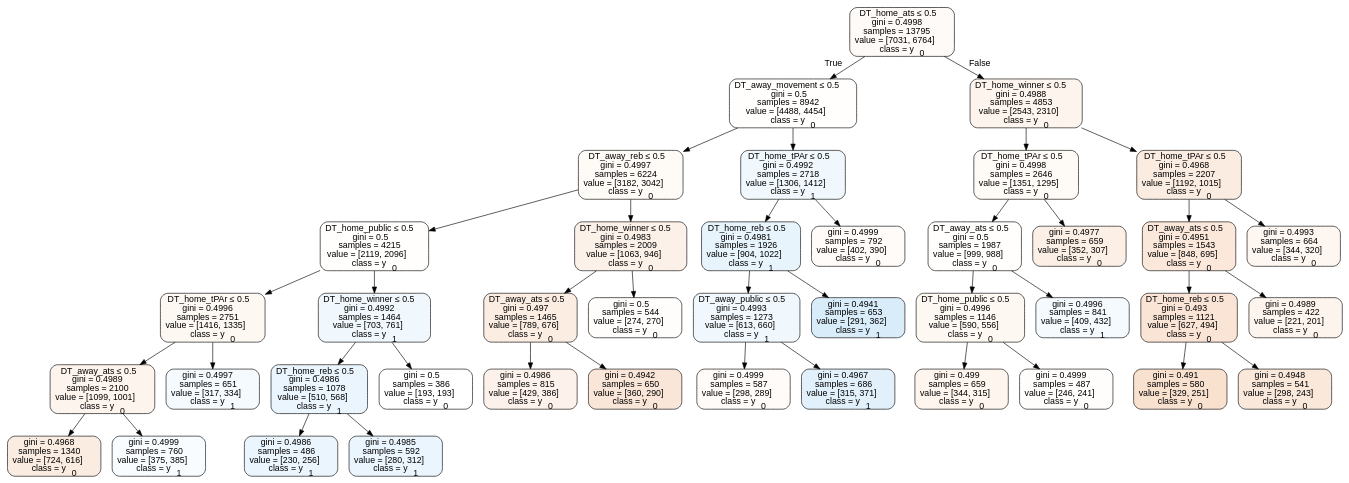
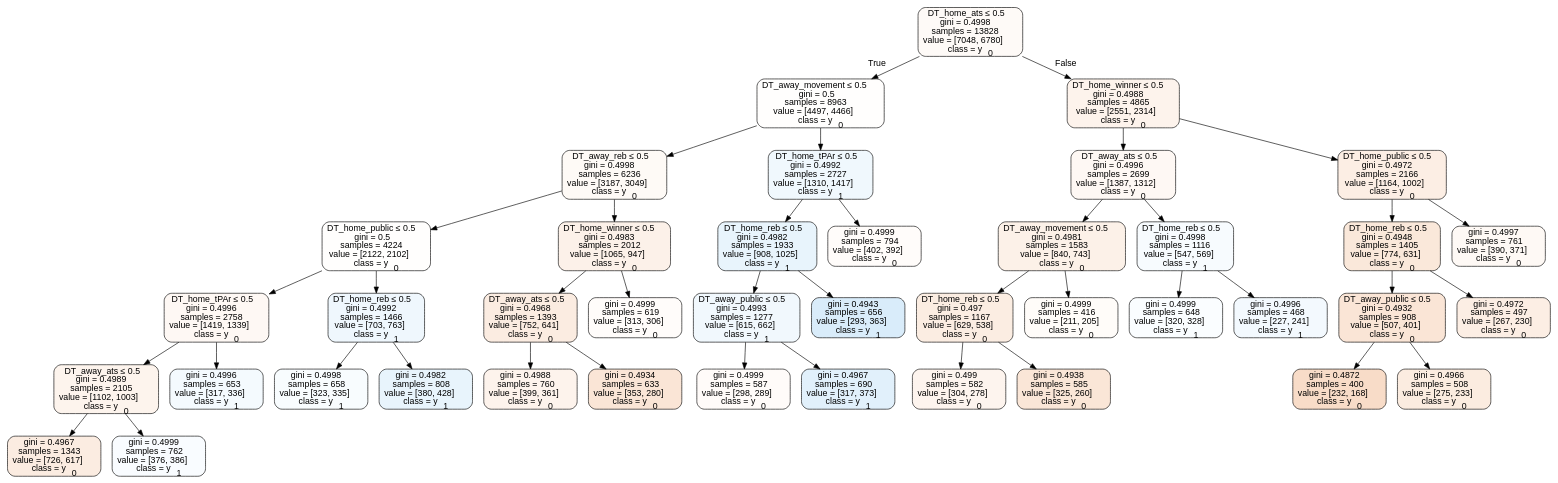
One commit to usbogie/ncaa-bets changed the diagram in tree_data/tree2012home.dot. Above: the diagram before and after it, drawn with Graphviz. The commit also changed 26 other files, not shown here.

```diff
--- a/tree_data/tree2012home.dot
+++ b/tree_data/tree2012home.dot
@@ -1,85 +1,85 @@
 digraph Tree {
 node [shape=box, style="filled, rounded", color="black", fontname=helvetica] ;
 edge [fontname=helvetica] ;
-0 [label=<DT_home_ats &le; 0.5<br/>gini = 0.4998<br/>samples = 13795<br/>value = [7031, 6764]<br/>class = y<SUB>0</SUB>>, fillcolor="#e581390a"] ;
-1 [label=<DT_away_movement &le; 0.5<br/>gini = 0.5<br/>samples = 8942<br/>value = [4488, 4454]<br/>class = y<SUB>0</SUB>>, fillcolor="#e5813902"] ;
+0 [label=<DT_home_ats &le; 0.5<br/>gini = 0.4998<br/>samples = 13828<br/>value = [7048, 6780]<br/>class = y<SUB>0</SUB>>, fillcolor="#e581390a"] ;
+1 [label=<DT_away_movement &le; 0.5<br/>gini = 0.5<br/>samples = 8963<br/>value = [4497, 4466]<br/>class = y<SUB>0</SUB>>, fillcolor="#e5813902"] ;
 0 -> 1 [labeldistance=2.5, labelangle=45, headlabel="True"] ;
-2 [label=<DT_away_reb &le; 0.5<br/>gini = 0.4997<br/>samples = 6224<br/>value = [3182, 3042]<br/>class = y<SUB>0</SUB>>, fillcolor="#e581390b"] ;
+2 [label=<DT_away_reb &le; 0.5<br/>gini = 0.4998<br/>samples = 6236<br/>value = [3187, 3049]<br/>class = y<SUB>0</SUB>>, fillcolor="#e581390b"] ;
 1 -> 2 ;
-3 [label=<DT_home_public &le; 0.5<br/>gini = 0.5<br/>samples = 4215<br/>value = [2119, 2096]<br/>class = y<SUB>0</SUB>>, fillcolor="#e5813903"] ;
+3 [label=<DT_home_public &le; 0.5<br/>gini = 0.5<br/>samples = 4224<br/>value = [2122, 2102]<br/>class = y<SUB>0</SUB>>, fillcolor="#e5813902"] ;
 2 -> 3 ;
-4 [label=<DT_home_tPAr &le; 0.5<br/>gini = 0.4996<br/>samples = 2751<br/>value = [1416, 1335]<br/>class = y<SUB>0</SUB>>, fillcolor="#e581390f"] ;
+4 [label=<DT_home_tPAr &le; 0.5<br/>gini = 0.4996<br/>samples = 2758<br/>value = [1419, 1339]<br/>class = y<SUB>0</SUB>>, fillcolor="#e581390e"] ;
 3 -> 4 ;
-5 [label=<DT_away_ats &le; 0.5<br/>gini = 0.4989<br/>samples = 2100<br/>value = [1099, 1001]<br/>class = y<SUB>0</SUB>>, fillcolor="#e5813917"] ;
+5 [label=<DT_away_ats &le; 0.5<br/>gini = 0.4989<br/>samples = 2105<br/>value = [1102, 1003]<br/>class = y<SUB>0</SUB>>, fillcolor="#e5813917"] ;
 4 -> 5 ;
-6 [label=<gini = 0.4968<br/>samples = 1340<br/>value = [724, 616]<br/>class = y<SUB>0</SUB>>, fillcolor="#e5813926"] ;
+6 [label=<gini = 0.4967<br/>samples = 1343<br/>value = [726, 617]<br/>class = y<SUB>0</SUB>>, fillcolor="#e5813926"] ;
 5 -> 6 ;
-7 [label=<gini = 0.4999<br/>samples = 760<br/>value = [375, 385]<br/>class = y<SUB>1</SUB>>, fillcolor="#399de507"] ;
+7 [label=<gini = 0.4999<br/>samples = 762<br/>value = [376, 386]<br/>class = y<SUB>1</SUB>>, fillcolor="#399de507"] ;
 5 -> 7 ;
-8 [label=<gini = 0.4997<br/>samples = 651<br/>value = [317, 334]<br/>class = y<SUB>1</SUB>>, fillcolor="#399de50d"] ;
+8 [label=<gini = 0.4996<br/>samples = 653<br/>value = [317, 336]<br/>class = y<SUB>1</SUB>>, fillcolor="#399de50e"] ;
 4 -> 8 ;
-9 [label=<DT_home_winner &le; 0.5<br/>gini = 0.4992<br/>samples = 1464<br/>value = [703, 761]<br/>class = y<SUB>1</SUB>>, fillcolor="#399de513"] ;
+9 [label=<DT_home_reb &le; 0.5<br/>gini = 0.4992<br/>samples = 1466<br/>value = [703, 763]<br/>class = y<SUB>1</SUB>>, fillcolor="#399de514"] ;
 3 -> 9 ;
-10 [label=<DT_home_reb &le; 0.5<br/>gini = 0.4986<br/>samples = 1078<br/>value = [510, 568]<br/>class = y<SUB>1</SUB>>, fillcolor="#399de51a"] ;
+10 [label=<gini = 0.4998<br/>samples = 658<br/>value = [323, 335]<br/>class = y<SUB>1</SUB>>, fillcolor="#399de509"] ;
 9 -> 10 ;
-11 [label=<gini = 0.4986<br/>samples = 486<br/>value = [230, 256]<br/>class = y<SUB>1</SUB>>, fillcolor="#399de51a"] ;
-10 -> 11 ;
-12 [label=<gini = 0.4985<br/>samples = 592<br/>value = [280, 312]<br/>class = y<SUB>1</SUB>>, fillcolor="#399de51a"] ;
-10 -> 12 ;
-13 [label=<gini = 0.5<br/>samples = 386<br/>value = [193, 193]<br/>class = y<SUB>0</SUB>>, fillcolor="#e5813900"] ;
-9 -> 13 ;
-14 [label=<DT_home_winner &le; 0.5<br/>gini = 0.4983<br/>samples = 2009<br/>value = [1063, 946]<br/>class = y<SUB>0</SUB>>, fillcolor="#e581391c"] ;
-2 -> 14 ;
-15 [label=<DT_away_ats &le; 0.5<br/>gini = 0.497<br/>samples = 1465<br/>value = [789, 676]<br/>class = y<SUB>0</SUB>>, fillcolor="#e5813925"] ;
-14 -> 15 ;
-16 [label=<gini = 0.4986<br/>samples = 815<br/>value = [429, 386]<br/>class = y<SUB>0</SUB>>, fillcolor="#e581391a"] ;
-15 -> 16 ;
-17 [label=<gini = 0.4942<br/>samples = 650<br/>value = [360, 290]<br/>class = y<SUB>0</SUB>>, fillcolor="#e5813932"] ;
-15 -> 17 ;
-18 [label=<gini = 0.5<br/>samples = 544<br/>value = [274, 270]<br/>class = y<SUB>0</SUB>>, fillcolor="#e5813904"] ;
-14 -> 18 ;
-19 [label=<DT_home_tPAr &le; 0.5<br/>gini = 0.4992<br/>samples = 2718<br/>value = [1306, 1412]<br/>class = y<SUB>1</SUB>>, fillcolor="#399de513"] ;
-1 -> 19 ;
-20 [label=<DT_home_reb &le; 0.5<br/>gini = 0.4981<br/>samples = 1926<br/>value = [904, 1022]<br/>class = y<SUB>1</SUB>>, fillcolor="#399de51d"] ;
+11 [label=<gini = 0.4982<br/>samples = 808<br/>value = [380, 428]<br/>class = y<SUB>1</SUB>>, fillcolor="#399de51d"] ;
+9 -> 11 ;
+12 [label=<DT_home_winner &le; 0.5<br/>gini = 0.4983<br/>samples = 2012<br/>value = [1065, 947]<br/>class = y<SUB>0</SUB>>, fillcolor="#e581391c"] ;
+2 -> 12 ;
+13 [label=<DT_away_ats &le; 0.5<br/>gini = 0.4968<br/>samples = 1393<br/>value = [752, 641]<br/>class = y<SUB>0</SUB>>, fillcolor="#e5813926"] ;
+12 -> 13 ;
+14 [label=<gini = 0.4988<br/>samples = 760<br/>value = [399, 361]<br/>class = y<SUB>0</SUB>>, fillcolor="#e5813918"] ;
+13 -> 14 ;
+15 [label=<gini = 0.4934<br/>samples = 633<br/>value = [353, 280]<br/>class = y<SUB>0</SUB>>, fillcolor="#e5813935"] ;
+13 -> 15 ;
+16 [label=<gini = 0.4999<br/>samples = 619<br/>value = [313, 306]<br/>class = y<SUB>0</SUB>>, fillcolor="#e5813906"] ;
+12 -> 16 ;
+17 [label=<DT_home_tPAr &le; 0.5<br/>gini = 0.4992<br/>samples = 2727<br/>value = [1310, 1417]<br/>class = y<SUB>1</SUB>>, fillcolor="#399de513"] ;
+1 -> 17 ;
+18 [label=<DT_home_reb &le; 0.5<br/>gini = 0.4982<br/>samples = 1933<br/>value = [908, 1025]<br/>class = y<SUB>1</SUB>>, fillcolor="#399de51d"] ;
+17 -> 18 ;
+19 [label=<DT_away_public &le; 0.5<br/>gini = 0.4993<br/>samples = 1277<br/>value = [615, 662]<br/>class = y<SUB>1</SUB>>, fillcolor="#399de512"] ;
+18 -> 19 ;
+20 [label=<gini = 0.4999<br/>samples = 587<br/>value = [298, 289]<br/>class = y<SUB>0</SUB>>, fillcolor="#e5813908"] ;
 19 -> 20 ;
-21 [label=<DT_away_public &le; 0.5<br/>gini = 0.4993<br/>samples = 1273<br/>value = [613, 660]<br/>class = y<SUB>1</SUB>>, fillcolor="#399de512"] ;
-20 -> 21 ;
-22 [label=<gini = 0.4999<br/>samples = 587<br/>value = [298, 289]<br/>class = y<SUB>0</SUB>>, fillcolor="#e5813908"] ;
-21 -> 22 ;
-23 [label=<gini = 0.4967<br/>samples = 686<br/>value = [315, 371]<br/>class = y<SUB>1</SUB>>, fillcolor="#399de526"] ;
-21 -> 23 ;
-24 [label=<gini = 0.4941<br/>samples = 653<br/>value = [291, 362]<br/>class = y<SUB>1</SUB>>, fillcolor="#399de532"] ;
-20 -> 24 ;
-25 [label=<gini = 0.4999<br/>samples = 792<br/>value = [402, 390]<br/>class = y<SUB>0</SUB>>, fillcolor="#e5813908"] ;
-19 -> 25 ;
-26 [label=<DT_home_winner &le; 0.5<br/>gini = 0.4988<br/>samples = 4853<br/>value = [2543, 2310]<br/>class = y<SUB>0</SUB>>, fillcolor="#e5813917"] ;
-0 -> 26 [labeldistance=2.5, labelangle=-45, headlabel="False"] ;
-27 [label=<DT_home_tPAr &le; 0.5<br/>gini = 0.4998<br/>samples = 2646<br/>value = [1351, 1295]<br/>class = y<SUB>0</SUB>>, fillcolor="#e581390b"] ;
+21 [label=<gini = 0.4967<br/>samples = 690<br/>value = [317, 373]<br/>class = y<SUB>1</SUB>>, fillcolor="#399de526"] ;
+19 -> 21 ;
+22 [label=<gini = 0.4943<br/>samples = 656<br/>value = [293, 363]<br/>class = y<SUB>1</SUB>>, fillcolor="#399de531"] ;
+18 -> 22 ;
+23 [label=<gini = 0.4999<br/>samples = 794<br/>value = [402, 392]<br/>class = y<SUB>0</SUB>>, fillcolor="#e5813906"] ;
+17 -> 23 ;
+24 [label=<DT_home_winner &le; 0.5<br/>gini = 0.4988<br/>samples = 4865<br/>value = [2551, 2314]<br/>class = y<SUB>0</SUB>>, fillcolor="#e5813918"] ;
+0 -> 24 [labeldistance=2.5, labelangle=-45, headlabel="False"] ;
+25 [label=<DT_away_ats &le; 0.5<br/>gini = 0.4996<br/>samples = 2699<br/>value = [1387, 1312]<br/>class = y<SUB>0</SUB>>, fillcolor="#e581390e"] ;
+24 -> 25 ;
+26 [label=<DT_away_movement &le; 0.5<br/>gini = 0.4981<br/>samples = 1583<br/>value = [840, 743]<br/>class = y<SUB>0</SUB>>, fillcolor="#e581391d"] ;
+25 -> 26 ;
+27 [label=<DT_home_reb &le; 0.5<br/>gini = 0.497<br/>samples = 1167<br/>value = [629, 538]<br/>class = y<SUB>0</SUB>>, fillcolor="#e5813925"] ;
 26 -> 27 ;
-28 [label=<DT_away_ats &le; 0.5<br/>gini = 0.5<br/>samples = 1987<br/>value = [999, 988]<br/>class = y<SUB>0</SUB>>, fillcolor="#e5813903"] ;
+28 [label=<gini = 0.499<br/>samples = 582<br/>value = [304, 278]<br/>class = y<SUB>0</SUB>>, fillcolor="#e5813916"] ;
 27 -> 28 ;
-29 [label=<DT_home_public &le; 0.5<br/>gini = 0.4996<br/>samples = 1146<br/>value = [590, 556]<br/>class = y<SUB>0</SUB>>, fillcolor="#e581390f"] ;
-28 -> 29 ;
-30 [label=<gini = 0.499<br/>samples = 659<br/>value = [344, 315]<br/>class = y<SUB>0</SUB>>, fillcolor="#e5813915"] ;
-29 -> 30 ;
-31 [label=<gini = 0.4999<br/>samples = 487<br/>value = [246, 241]<br/>class = y<SUB>0</SUB>>, fillcolor="#e5813905"] ;
-29 -> 31 ;
-32 [label=<gini = 0.4996<br/>samples = 841<br/>value = [409, 432]<br/>class = y<SUB>1</SUB>>, fillcolor="#399de50e"] ;
-28 -> 32 ;
-33 [label=<gini = 0.4977<br/>samples = 659<br/>value = [352, 307]<br/>class = y<SUB>0</SUB>>, fillcolor="#e5813921"] ;
-27 -> 33 ;
-34 [label=<DT_home_tPAr &le; 0.5<br/>gini = 0.4968<br/>samples = 2207<br/>value = [1192, 1015]<br/>class = y<SUB>0</SUB>>, fillcolor="#e5813926"] ;
-26 -> 34 ;
-35 [label=<DT_away_ats &le; 0.5<br/>gini = 0.4951<br/>samples = 1543<br/>value = [848, 695]<br/>class = y<SUB>0</SUB>>, fillcolor="#e581392e"] ;
+29 [label=<gini = 0.4938<br/>samples = 585<br/>value = [325, 260]<br/>class = y<SUB>0</SUB>>, fillcolor="#e5813933"] ;
+27 -> 29 ;
+30 [label=<gini = 0.4999<br/>samples = 416<br/>value = [211, 205]<br/>class = y<SUB>0</SUB>>, fillcolor="#e5813907"] ;
+26 -> 30 ;
+31 [label=<DT_home_reb &le; 0.5<br/>gini = 0.4998<br/>samples = 1116<br/>value = [547, 569]<br/>class = y<SUB>1</SUB>>, fillcolor="#399de50a"] ;
+25 -> 31 ;
+32 [label=<gini = 0.4999<br/>samples = 648<br/>value = [320, 328]<br/>class = y<SUB>1</SUB>>, fillcolor="#399de506"] ;
+31 -> 32 ;
+33 [label=<gini = 0.4996<br/>samples = 468<br/>value = [227, 241]<br/>class = y<SUB>1</SUB>>, fillcolor="#399de50f"] ;
+31 -> 33 ;
+34 [label=<DT_home_public &le; 0.5<br/>gini = 0.4972<br/>samples = 2166<br/>value = [1164, 1002]<br/>class = y<SUB>0</SUB>>, fillcolor="#e5813923"] ;
+24 -> 34 ;
+35 [label=<DT_home_reb &le; 0.5<br/>gini = 0.4948<br/>samples = 1405<br/>value = [774, 631]<br/>class = y<SUB>0</SUB>>, fillcolor="#e581392f"] ;
 34 -> 35 ;
-36 [label=<DT_home_reb &le; 0.5<br/>gini = 0.493<br/>samples = 1121<br/>value = [627, 494]<br/>class = y<SUB>0</SUB>>, fillcolor="#e5813936"] ;
+36 [label=<DT_away_public &le; 0.5<br/>gini = 0.4932<br/>samples = 908<br/>value = [507, 401]<br/>class = y<SUB>0</SUB>>, fillcolor="#e5813935"] ;
 35 -> 36 ;
-37 [label=<gini = 0.491<br/>samples = 580<br/>value = [329, 251]<br/>class = y<SUB>0</SUB>>, fillcolor="#e581393c"] ;
+37 [label=<gini = 0.4872<br/>samples = 400<br/>value = [232, 168]<br/>class = y<SUB>0</SUB>>, fillcolor="#e5813946"] ;
 36 -> 37 ;
-38 [label=<gini = 0.4948<br/>samples = 541<br/>value = [298, 243]<br/>class = y<SUB>0</SUB>>, fillcolor="#e581392f"] ;
+38 [label=<gini = 0.4966<br/>samples = 508<br/>value = [275, 233]<br/>class = y<SUB>0</SUB>>, fillcolor="#e5813927"] ;
 36 -> 38 ;
-39 [label=<gini = 0.4989<br/>samples = 422<br/>value = [221, 201]<br/>class = y<SUB>0</SUB>>, fillcolor="#e5813917"] ;
+39 [label=<gini = 0.4972<br/>samples = 497<br/>value = [267, 230]<br/>class = y<SUB>0</SUB>>, fillcolor="#e5813923"] ;
 35 -> 39 ;
-40 [label=<gini = 0.4993<br/>samples = 664<br/>value = [344, 320]<br/>class = y<SUB>0</SUB>>, fillcolor="#e5813912"] ;
+40 [label=<gini = 0.4997<br/>samples = 761<br/>value = [390, 371]<br/>class = y<SUB>0</SUB>>, fillcolor="#e581390c"] ;
 34 -> 40 ;
 }
```
